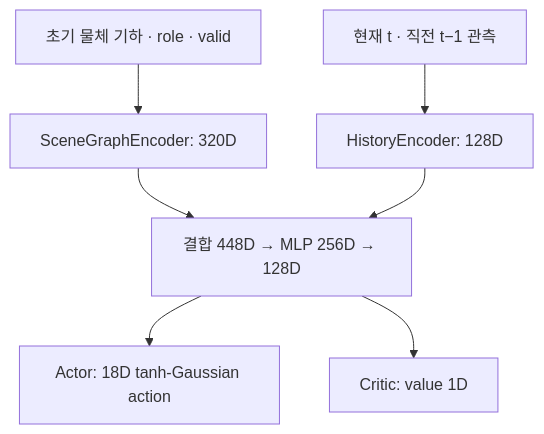
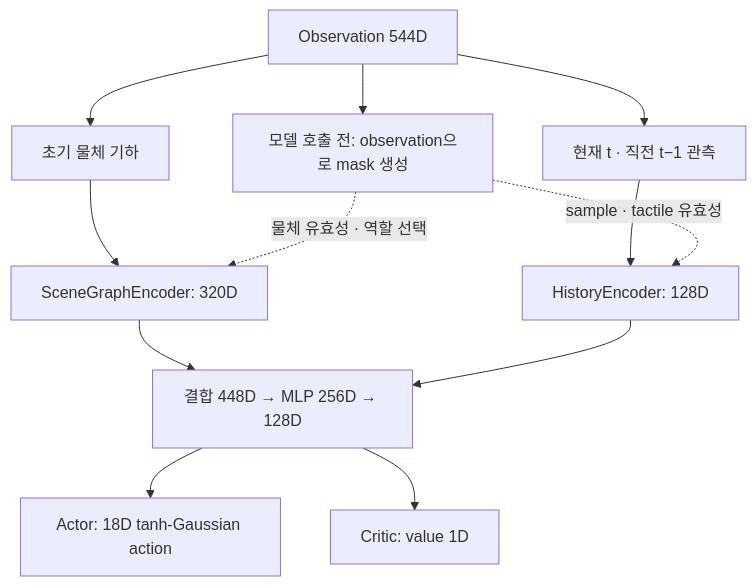
The diagram in src/contact_rearrangement/README.md (hoon001218/contact_rich_manipulation_task_learning), drawn with Mermaid before and after one commit. The commit also changed other lines of this file and 15 other files, not shown here.

````diff
--- a/src/contact_rearrangement/README.md
+++ b/src/contact_rearrangement/README.md
@@ -21,9 +21,14 @@
 ```mermaid
 flowchart TD
-    G["초기 물체 기하 · role · valid"] --> S["SceneGraphEncoder: 320D"]
-    H["현재 t · 직전 t−1 관측"] --> T["HistoryEncoder: 128D"]
+    O["Observation 544D"] --> M["모델 호출 전: observation으로 mask 생성"]
+    O --> G["초기 물체 기하"]
+    O --> H["현재 t · 직전 t−1 관측"]
+    G --> S["SceneGraphEncoder: 320D"]
+    H --> T["HistoryEncoder: 128D"]
+    M -. "물체 유효성 · 역할 선택" .-> S
+    M -. "sample · tactile 유효성" .-> T
     S --> F["결합 448D → MLP 256D → 128D"]
     T --> F
     F --> A["Actor: 18D tanh-Gaussian action"]
     F --> C["Critic: value 1D"]
 ```
````
